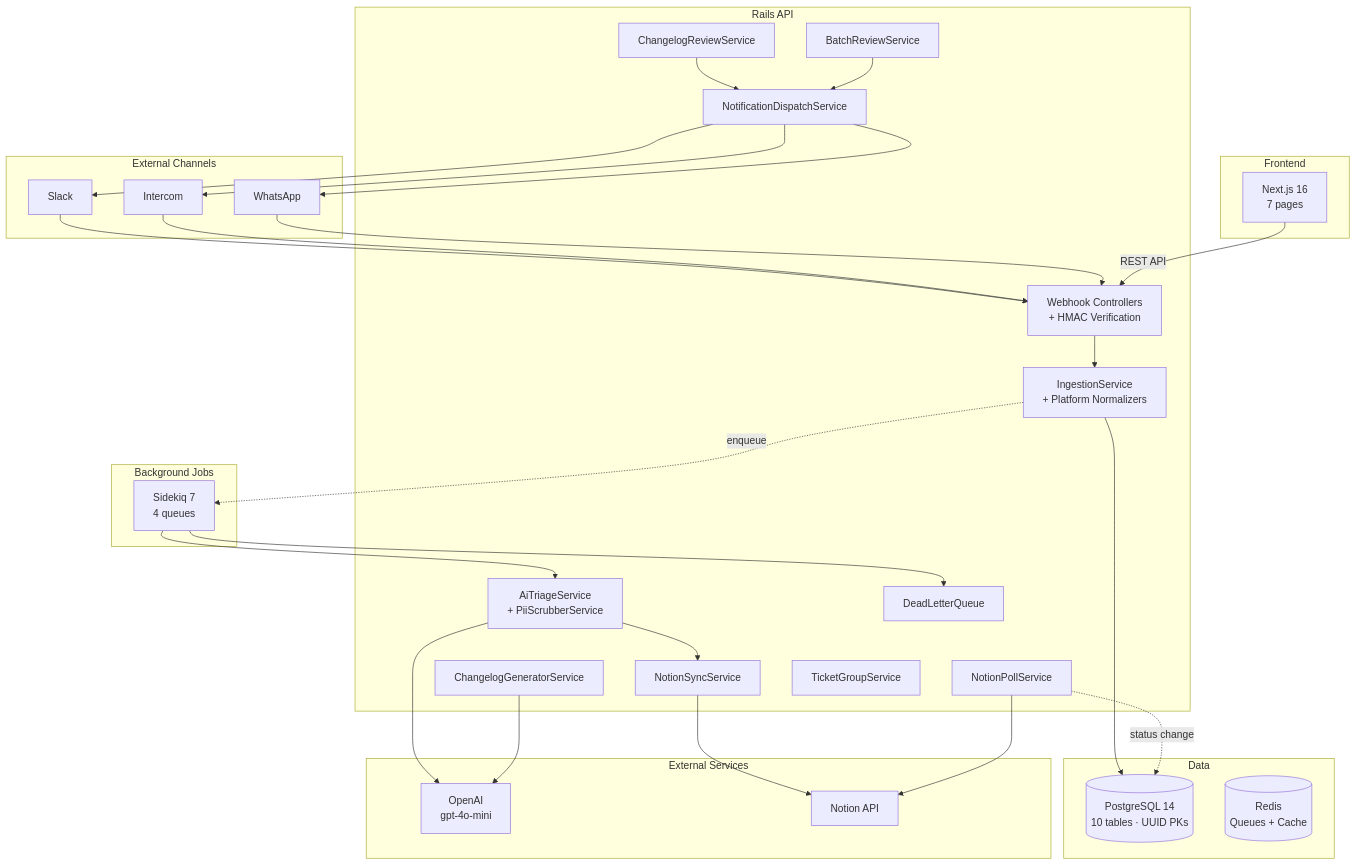
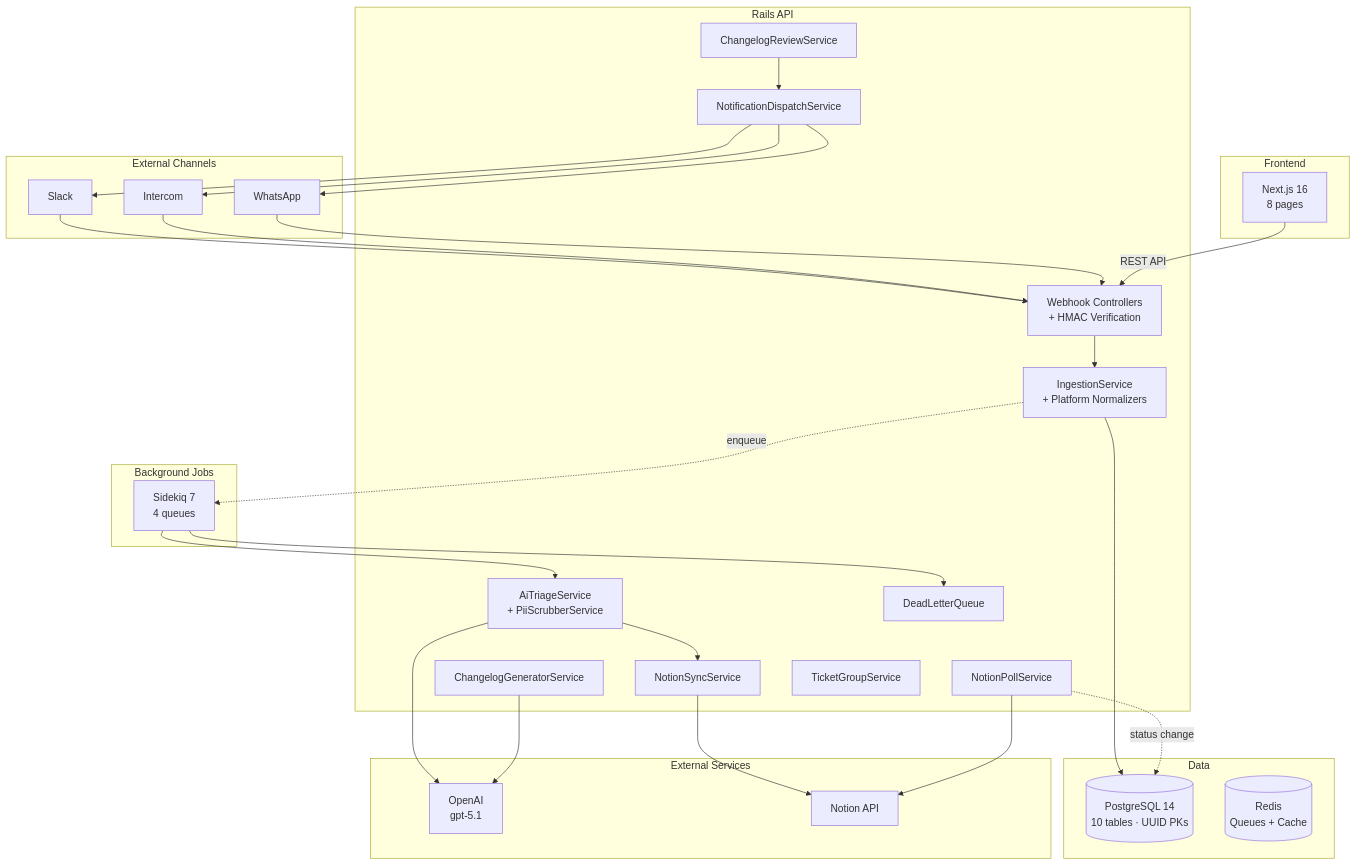
One commit to abouhid2/feedback-hub changed the first of 4 diagrams in README.md. Above: the diagram before and after it, drawn with Mermaid. The commit also changed other lines of this file and 8 other files, not shown here.

````diff
--- a/README.md
+++ b/README.md
@@ -98,61 +98,59 @@
 ```mermaid
 graph TB
     subgraph External Channels
         SL[Slack]
         IC[Intercom]
         WA[WhatsApp]
     end
 
     subgraph Rails API
         WH[Webhook Controllers<br/>+ HMAC Verification]
         IS[IngestionService<br/>+ Platform Normalizers]
         AI[AiTriageService<br/>+ PiiScrubberService]
         NS[NotionSyncService]
         NP[NotionPollService]
         CG[ChangelogGeneratorService]
         CR[ChangelogReviewService]
         ND[NotificationDispatchService]
-        BR[BatchReviewService]
         TG[TicketGroupService]
         DLQ[DeadLetterQueue]
     end
 
     subgraph Background Jobs
         SK[Sidekiq 7<br/>4 queues]
     end
 
     subgraph Data
         PG[(PostgreSQL 14<br/>10 tables · UUID PKs)]
         RD[(Redis<br/>Queues + Cache)]
     end
 
     subgraph External Services
-        OAI[OpenAI<br/>gpt-4o-mini]
+        OAI[OpenAI<br/>gpt-5.1]
         NOT[Notion API]
     end
 
     subgraph Frontend
-        NX[Next.js 16<br/>7 pages]
+        NX[Next.js 16<br/>8 pages]
     end
 
     SL --> WH
     IC --> WH
     WA --> WH
     WH --> IS
     IS --> PG
     IS -.->|enqueue| SK
     SK --> AI
     AI --> OAI
     AI --> NS
     NS --> NOT
     NP --> NOT
     NP -.->|status change| PG
     CG --> OAI
     CR --> ND
     ND --> SL
     ND --> IC
     ND --> WA
-    BR --> ND
     SK --> DLQ
     NX --> |REST API| WH
 ```
````
